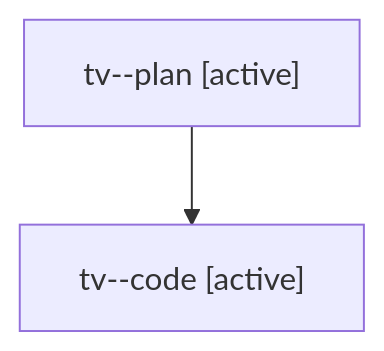
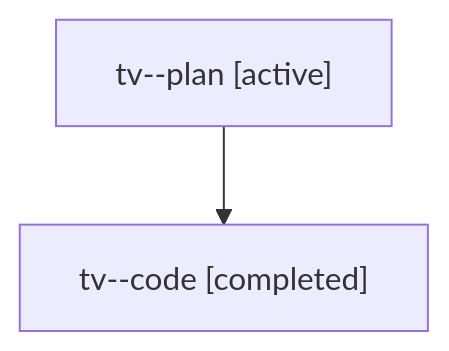
One commit to sase-org/sase--agents changed the diagram in families/bbugyi200.athena.tv.md. Above: the diagram before and after it, drawn with Mermaid. The commit also changed other lines of this file and 4556 other files, not shown here.

````diff
--- a/families/bbugyi200.athena.tv.md
+++ b/families/bbugyi200.athena.tv.md
@@ -9,6 +9,6 @@
 ```mermaid
 flowchart TD
   n0["tv--plan [active]"]
-  n1["tv--code [active]"]
+  n1["tv--code [completed]"]
   n0 --> n1
 ```
````
